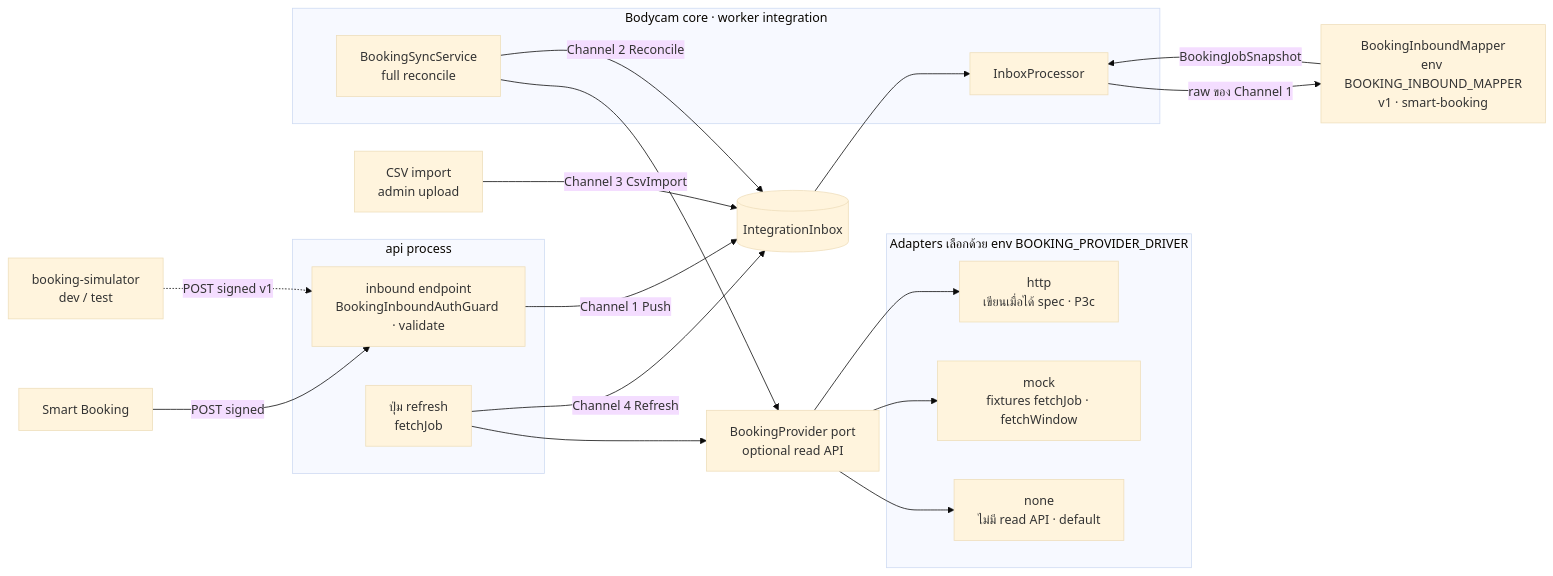
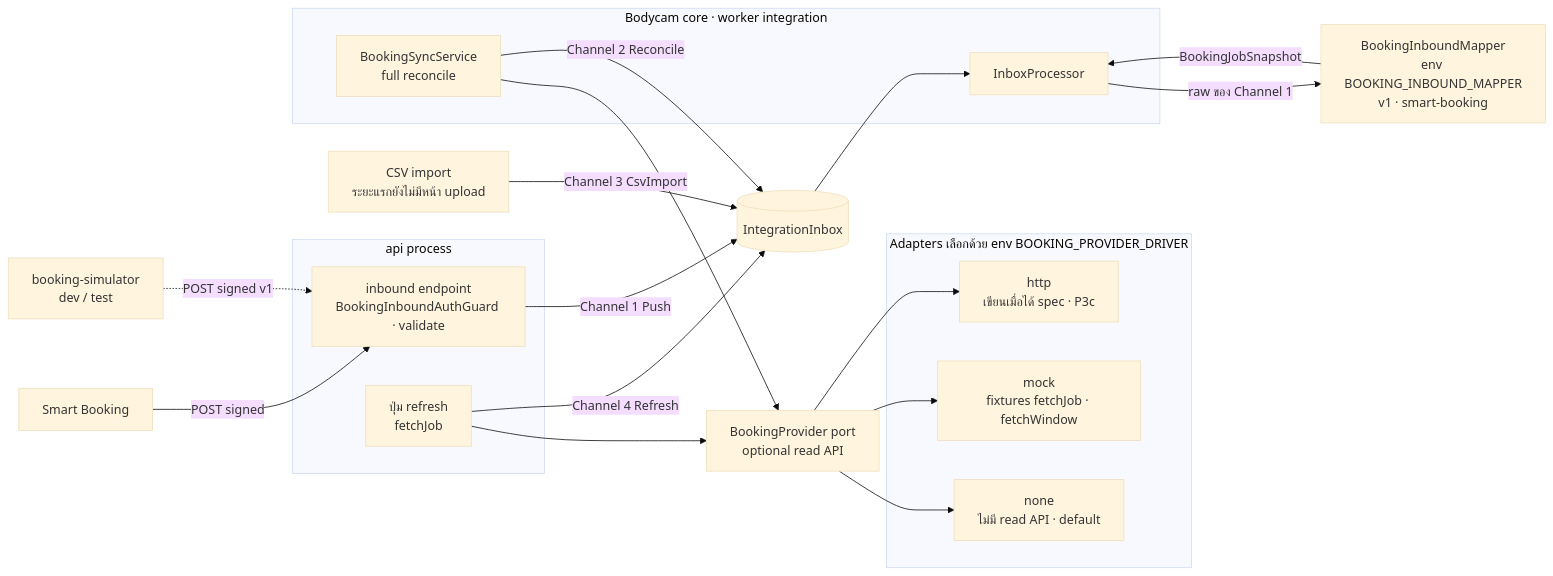
One commit to b-werayut/psd-bodycam-v1.0 changed the diagram in docs/blueprint/07-integration-strategy.md. Above: the diagram before and after it, drawn with Mermaid (base theme). The commit also changed other lines of this file and 78 other files, not shown here.

````diff
--- a/docs/blueprint/07-integration-strategy.md
+++ b/docs/blueprint/07-integration-strategy.md
@@ -173,34 +173,34 @@
 ```mermaid
 flowchart LR
   BOOK["Smart Booking"]
   SIM["booking-simulator<br/>dev / test"]
   subgraph Api["api process"]
     INB["inbound endpoint<br/>BookingInboundAuthGuard · validate"]
     REF["ปุ่ม refresh<br/>fetchJob"]
   end
-  CSV["CSV import<br/>admin upload"]
+  CSV["CSV import<br/>ระยะแรกยังไม่มีหน้า upload"]
   INBOX[("IntegrationInbox")]
   subgraph Core["Bodycam core · worker integration"]
     PROC["InboxProcessor"]
     SYNC["BookingSyncService<br/>full reconcile"]
   end
   MAPIN["BookingInboundMapper<br/>env BOOKING_INBOUND_MAPPER<br/>v1 · smart-booking"]
   PORT["BookingProvider port<br/>optional read API"]
   subgraph Adapters["Adapters เลือกด้วย env BOOKING_PROVIDER_DRIVER"]
     NONE["none<br/>ไม่มี read API · default"]
     MOCK["mock<br/>fixtures fetchJob · fetchWindow"]
     HTTP["http<br/>เขียนเมื่อได้ spec · P3c"]
   end
   BOOK -- "POST signed" --> INB
   SIM -. "POST signed v1" .-> INB
   INB -- "Channel 1 Push" --> INBOX
   CSV -- "Channel 3 CsvImport" --> INBOX
   REF --> PORT
   SYNC --> PORT
   PORT --> NONE & MOCK & HTTP
   REF -- "Channel 4 Refresh" --> INBOX
   SYNC -- "Channel 2 Reconcile" --> INBOX
   INBOX --> PROC
   PROC -- "raw ของ Channel 1" --> MAPIN
   MAPIN -- "BookingJobSnapshot" --> PROC
 ```
````
